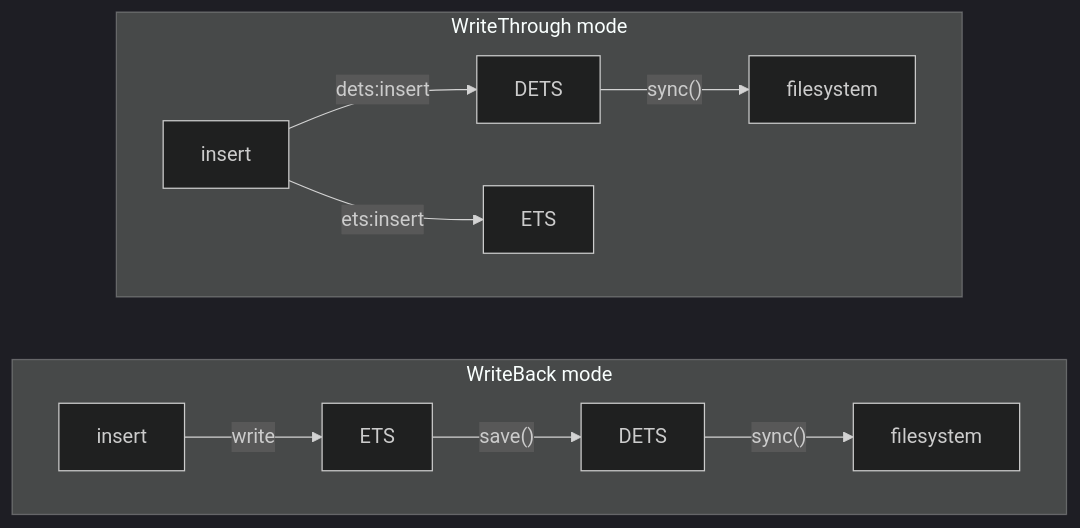
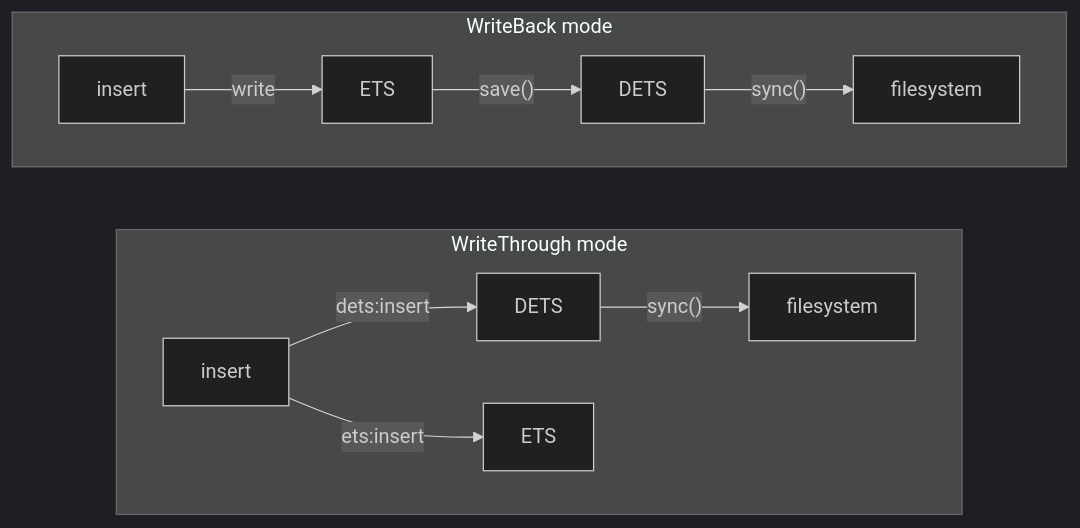
One commit to tylerbutler/shelf changed the diagram in website/src/content/docs/advanced/persistence-operations.md. Above: the diagram before and after it, drawn with Mermaid (dark theme). The commit also changed 3 other files, not shown here.

````diff
--- a/website/src/content/docs/advanced/persistence-operations.md
+++ b/website/src/content/docs/advanced/persistence-operations.md
@@ -140,15 +140,18 @@
 ```mermaid
+%% Mermaid stacks subgraphs in reverse declaration order, so WriteThrough is
+%% declared first to render WriteBack on top — matching the WriteBack-first
+%% ordering every other page uses. Swapping these reverses the diagram.
 flowchart LR
+  subgraph wt["WriteThrough mode"]
+    direction LR
+    I2[insert] -->|"dets:insert"| D2[DETS]
+    I2 -->|"ets:insert"| E2[ETS]
+    D2 -->|"sync()"| F2[filesystem]
+  end
   subgraph wb["WriteBack mode"]
     direction LR
     I1[insert] -->|write| E1[ETS]
     E1 -->|"save()"| D1[DETS]
     D1 -->|"sync()"| F1[filesystem]
   end
-  subgraph wt["WriteThrough mode"]
-    direction LR
-    I2[insert] -->|"dets:insert"| D2[DETS]
-    I2 -->|"ets:insert"| E2[ETS]
-    D2 -->|"sync()"| F2[filesystem]
-  end
 ```
````
